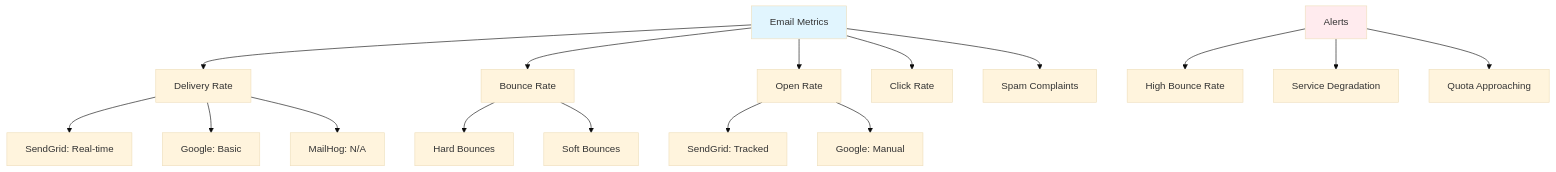
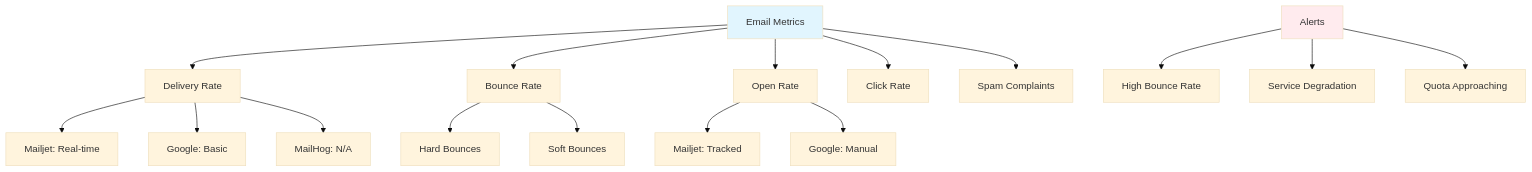
The eighth of 15 diagrams in backend/docs/guides/email-service-overview.md (josephnguyen-macusaone/abc-dashboard), drawn with Mermaid (base theme) before and after one commit. The commit also changed other lines of this file and 141 other files, not shown here.

````diff
--- a/backend/docs/guides/email-service-overview.md
+++ b/backend/docs/guides/email-service-overview.md
@@ -326,25 +239,25 @@
 ```mermaid
 graph TB
     A[Email Metrics] --> B[Delivery Rate]
     A --> C[Bounce Rate]
     A --> D[Open Rate]
     A --> E[Click Rate]
     A --> F[Spam Complaints]
 
-    B --> B1[SendGrid: Real-time]
+    B --> B1[Mailjet: Real-time]
     B --> B2[Google: Basic]
     B --> B3[MailHog: N/A]
 
     C --> C1[Hard Bounces]
     C --> C2[Soft Bounces]
 
-    D --> D1[SendGrid: Tracked]
+    D --> D1[Mailjet: Tracked]
     D --> D2[Google: Manual]
 
     G[Alerts] --> H[High Bounce Rate]
     G --> I[Service Degradation]
     G --> J[Quota Approaching]
 
     style A fill:#e1f5fe
     style G fill:#ffebee
 ```
````
